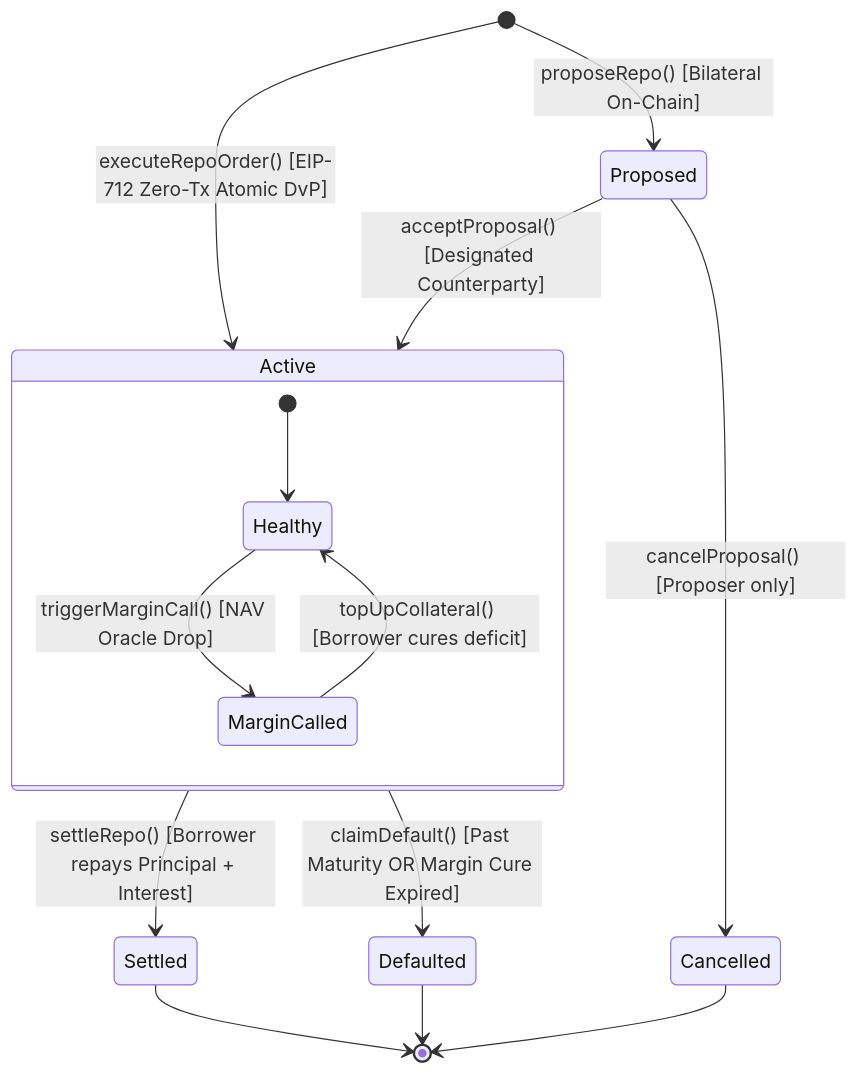
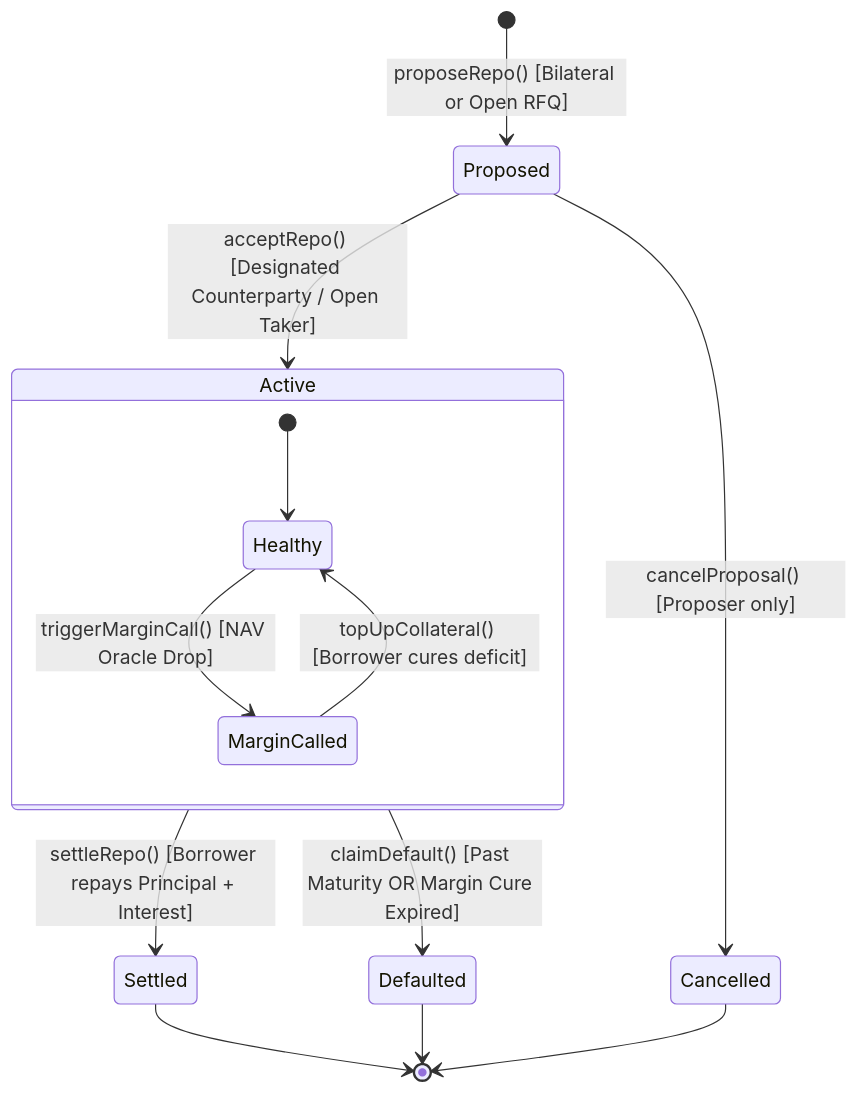
One commit to toninorair/evm-repo-dvp changed the diagram in docs/ARCHITECTURE_SPEC.md. Above: the diagram before and after it, drawn with Mermaid. The commit also changed other lines of this file and 17 other files, not shown here.

First line of the commit message:
refactor: streamline RepoDvP to proposeRepo and acceptRepo with architectural notes

````diff
--- a/docs/ARCHITECTURE_SPEC.md
+++ b/docs/ARCHITECTURE_SPEC.md
@@ -112,21 +112,20 @@
 ```mermaid
 stateDiagram-v2
-    [*] --> Proposed: proposeRepo() [Bilateral On-Chain]
-    [*] --> Active: executeRepoOrder() [EIP-712 Zero-Tx Atomic DvP]
+    [*] --> Proposed: proposeRepo() [Bilateral or Open RFQ]
     
     Proposed --> Cancelled: cancelProposal() [Proposer only]
-    Proposed --> Active: acceptProposal() [Designated Counterparty]
+    Proposed --> Active: acceptRepo() [Designated Counterparty / Open Taker]
     
     state Active {
         [*] --> Healthy
         Healthy --> MarginCalled: triggerMarginCall() [NAV Oracle Drop]
         MarginCalled --> Healthy: topUpCollateral() [Borrower cures deficit]
     }
     
     Active --> Settled: settleRepo() [Borrower repays Principal + Interest]
     Active --> Defaulted: claimDefault() [Past Maturity OR Margin Cure Expired]
     
     Settled --> [*]
     Defaulted --> [*]
     Cancelled --> [*]
 ```
````
